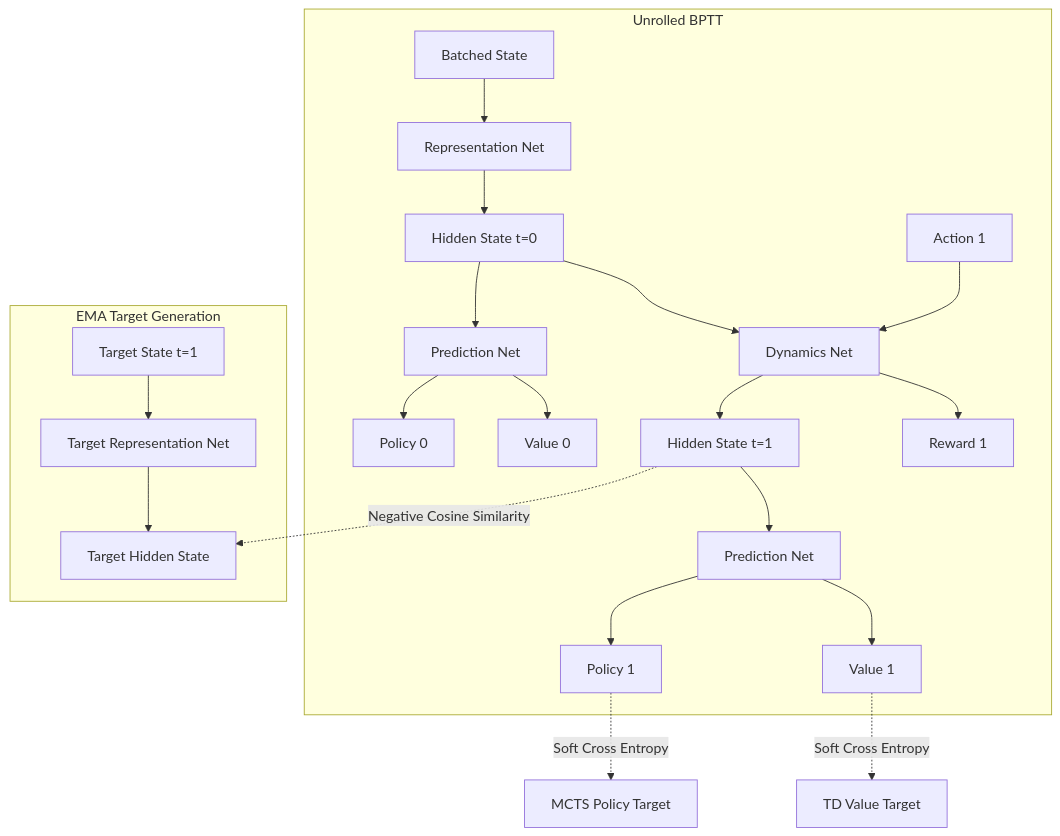
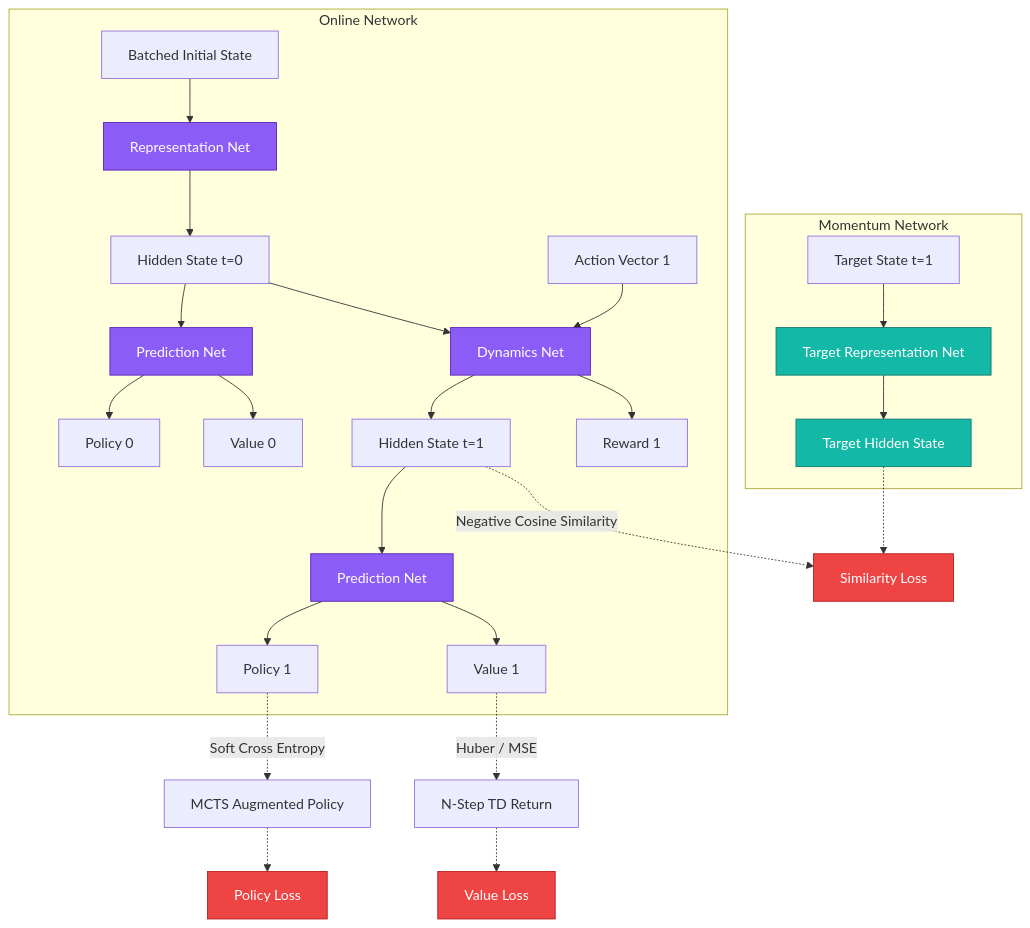
One commit to lguibr/tricked changed the fourth of 5 diagrams in README.md. Above: the diagram before and after it, drawn with Mermaid. The commit also changed other lines of this file and 7 other files, not shown here.

Commit message:
feat: add spatial_channel_count to MuZero config and update documentation architecture diagrams

````diff
--- a/README.md
+++ b/README.md
@@ -137,24 +143,33 @@
 ```mermaid
 graph TD
-    subgraph Unrolled BPTT
-        S0[Batched State] --> Rep[Representation Net]
+    classDef Net fill:#8b5cf6,stroke:#5b21b6,color:#fff;
+    classDef Target fill:#14b8a6,stroke:#0f766e,color:#fff;
+    classDef Loss fill:#ef4444,stroke:#b91c1c,color:#fff;
+
+    subgraph Unrolled BPTT Execution [Online Network]
+        S0[Batched Initial State] --> Rep[Representation Net]:::Net
         Rep --> H0[Hidden State t=0]
-        H0 --> Pred0[Prediction Net]
+        H0 --> Pred0[Prediction Net]:::Net
         Pred0 --> P0[Policy 0] & V0[Value 0]
         
-        H0 & A1[Action 1] --> Dyn1[Dynamics Net]
+        H0 & A1[Action Vector 1] --> Dyn1[Dynamics Net]:::Net
         Dyn1 --> H1[Hidden State t=1] & R1[Reward 1]
-        H1 --> Pred1[Prediction Net]
+        H1 --> Pred1[Prediction Net]:::Net
         Pred1 --> P1[Policy 1] & V1[Value 1]
     end
     
-    subgraph EMA Target Generation
-        EMA[Target Representation Net]
+    subgraph EMA Target Generation [Momentum Network]
+        EMA[Target Representation Net]:::Target
         S1[Target State t=1] --> EMA
-        EMA --> TH1[Target Hidden State]
+        EMA --> TH1[Target Hidden State]:::Target
     end
     
-    H1 -.->|Negative Cosine Similarity| TH1
-    P1 -.->|Soft Cross Entropy| MCTS_P[MCTS Policy Target]
-    V1 -.->|Soft Cross Entropy| TD_V[TD Value Target]
+    H1 -.->|Negative Cosine Similarity| SimLoss[Similarity Loss]:::Loss
+    TH1 -.-> SimLoss
+    
+    P1 -.->|Soft Cross Entropy| MCTS_P[MCTS Augmented Policy]
+    MCTS_P -.-> PolLoss[Policy Loss]:::Loss
+    
+    V1 -.->|Huber / MSE| TD_V[N-Step TD Return]
+    TD_V -.-> ValLoss[Value Loss]:::Loss
 ```
````
